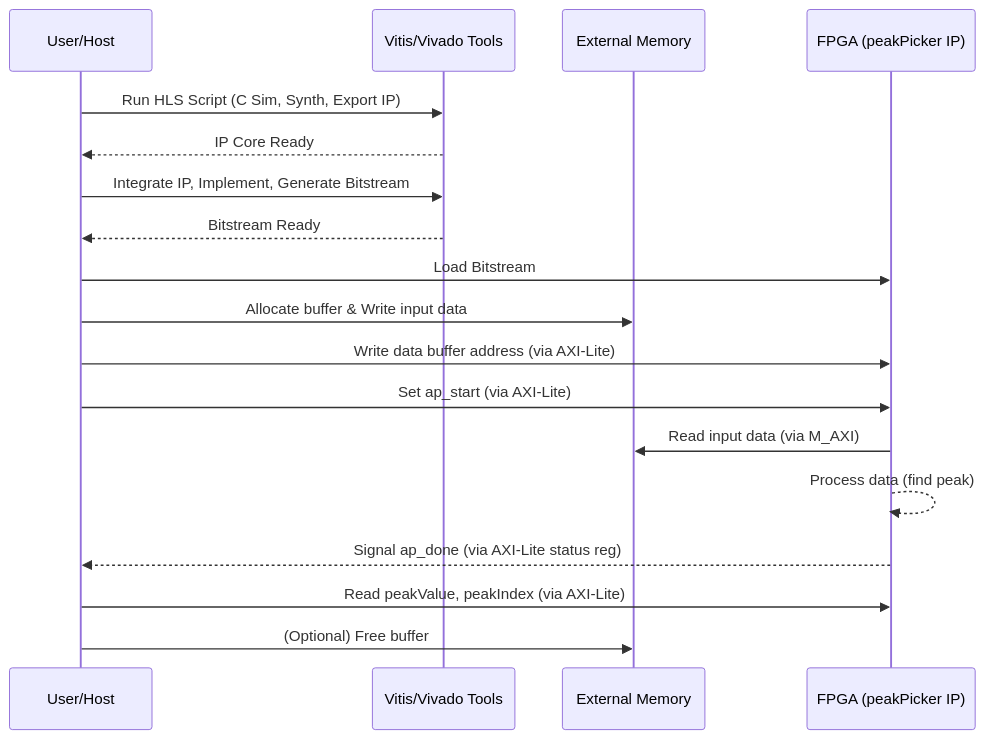
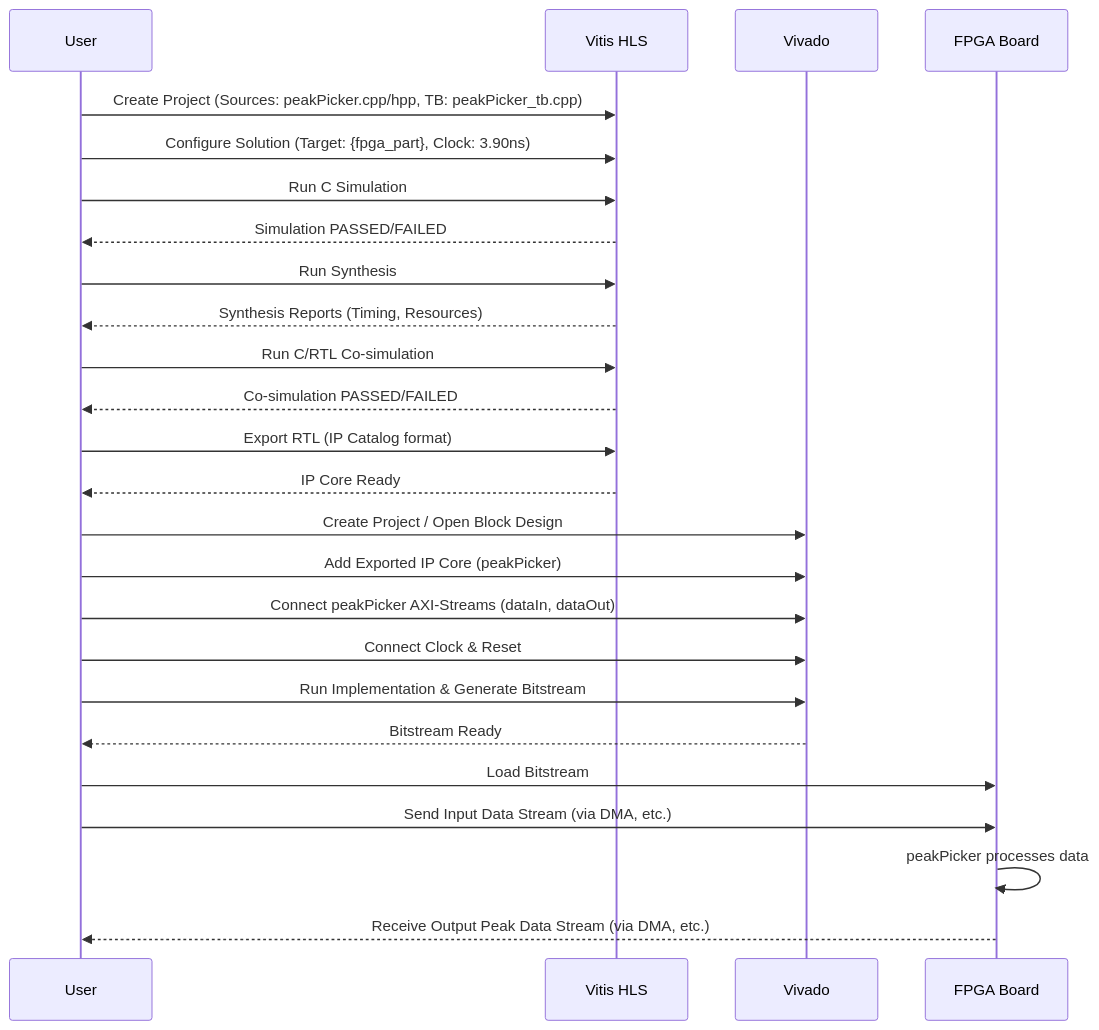
The third of 3 diagrams in implementations/peakPicker/documentation/readme.md (rockyco/llm-fpga-design), drawn with Mermaid before and after one commit. The commit also changed other lines of this file and 9 other files, not shown here.

````diff
--- a/implementations/peakPicker/documentation/readme.md
+++ b/implementations/peakPicker/documentation/readme.md
@@ -252,22 +255,30 @@
 ```mermaid
 sequenceDiagram
-    participant User/Host
-    participant Vitis/Vivado Tools
-    participant External Memory
-    participant FPGA (peakPicker IP)
+    participant User
+    participant Vitis_HLS as Vitis HLS
+    participant Vivado
+    participant FPGA_Board as FPGA Board
 
-    User/Host->>Vitis/Vivado Tools: Run HLS Script (C Sim, Synth, Export IP)
-    Vitis/Vivado Tools-->>User/Host: IP Core Ready
-    User/Host->>Vitis/Vivado Tools: Integrate IP, Implement, Generate Bitstream
-    Vitis/Vivado Tools-->>User/Host: Bitstream Ready
+    User->>Vitis_HLS: Create Project (Sources: peakPicker.cpp/hpp, TB: peakPicker_tb.cpp)
+    User->>Vitis_HLS: Configure Solution (Target: {fpga_part}, Clock: 3.90ns)
+    User->>Vitis_HLS: Run C Simulation
+    Vitis_HLS-->>User: Simulation PASSED/FAILED
+    User->>Vitis_HLS: Run Synthesis
+    Vitis_HLS-->>User: Synthesis Reports (Timing, Resources)
+    User->>Vitis_HLS: Run C/RTL Co-simulation
+    Vitis_HLS-->>User: Co-simulation PASSED/FAILED
+    User->>Vitis_HLS: Export RTL (IP Catalog format)
+    Vitis_HLS-->>User: IP Core Ready
 
-    User/Host->>FPGA (peakPicker IP): Load Bitstream
-    User/Host->>External Memory: Allocate buffer & Write input data
-    User/Host->>FPGA (peakPicker IP): Write data buffer address (via AXI-Lite)
-    User/Host->>FPGA (peakPicker IP): Set ap_start (via AXI-Lite)
-    FPGA (peakPicker IP)->>External Memory: Read input data (via M_AXI)
-    FPGA (peakPicker IP)-->>FPGA (peakPicker IP): Process data (find peak)
-    FPGA (peakPicker IP)-->>User/Host: Signal ap_done (via AXI-Lite status reg)
-    User/Host->>FPGA (peakPicker IP): Read peakValue, peakIndex (via AXI-Lite)
-    User/Host->>External Memory: (Optional) Free buffer
+    User->>Vivado: Create Project / Open Block Design
+    User->>Vivado: Add Exported IP Core (peakPicker)
+    User->>Vivado: Connect peakPicker AXI-Streams (dataIn, dataOut)
+    User->>Vivado: Connect Clock & Reset
+    User->>Vivado: Run Implementation & Generate Bitstream
+    Vivado-->>User: Bitstream Ready
+
+    User->>FPGA_Board: Load Bitstream
+    User->>FPGA_Board: Send Input Data Stream (via DMA, etc.)
+    FPGA_Board->>FPGA_Board: peakPicker processes data
+    FPGA_Board-->>User: Receive Output Peak Data Stream (via DMA, etc.)
 ```
````
